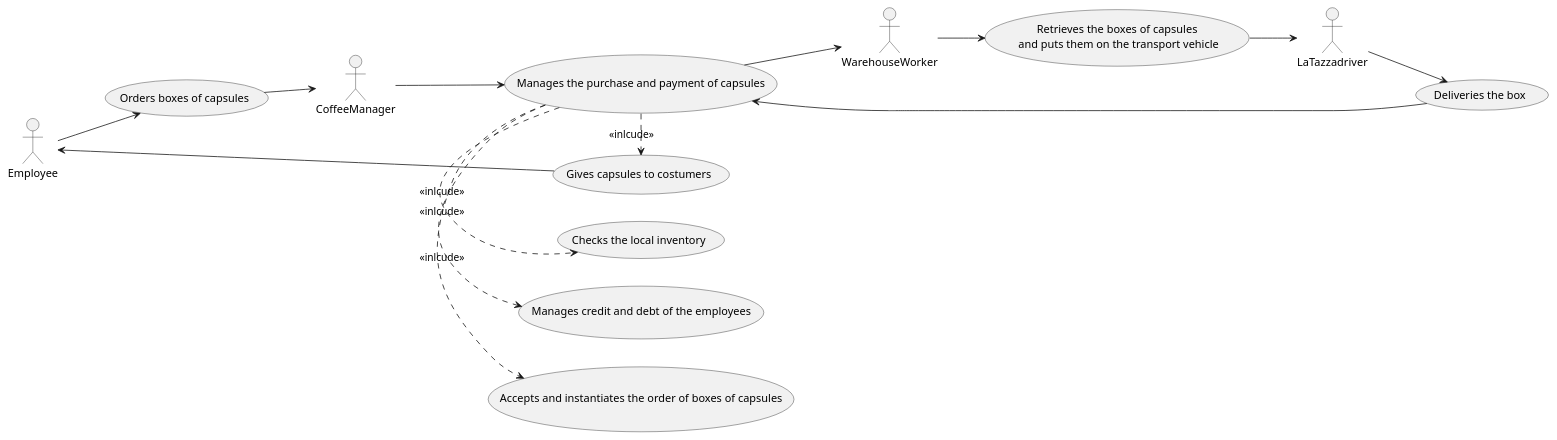
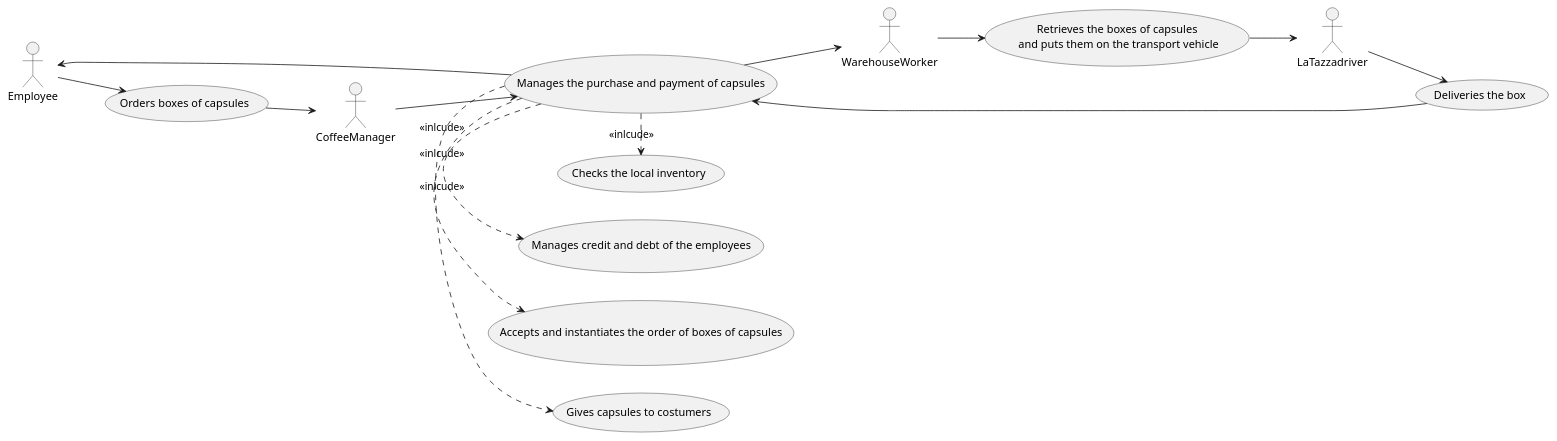
The second of 4 diagrams in templates/RequirementsTemplate.md (salvatore-dimartino/LaTazza), drawn with PlantUML before and after one commit.

````diff
--- a/templates/RequirementsTemplate.md
+++ b/templates/RequirementsTemplate.md
@@ -276,29 +276,29 @@
 ```plantuml
 @startuml
 
 left to right direction 
 skinparam packageStyle rectangle
 
 actor CoffeeManager as c
 actor Employee as e
 actor WarehouseWorker as w
 actor LaTazzadriver as d
 
 e --> (Orders boxes of capsules)
 (Orders boxes of capsules) --> c
 c --> (Manages the purchase and payment of capsules)
 (Manages the purchase and payment of capsules) --> w
 w --> (Retrieves the boxes of capsules\n and puts them on the transport vehicle)
 (Retrieves the boxes of capsules\n and puts them on the transport vehicle) --> d
 d --> (Deliveries the box)
 (Deliveries the box) --> (Manages the purchase and payment of capsules)
 
 (Manages the purchase and payment of capsules) .> (Gives capsules to costumers) : <<inlcude>>
 (Manages the purchase and payment of capsules) .> (Accepts and instantiates the order of boxes of capsules) : <<inlcude>>
 (Manages the purchase and payment of capsules) .> (Manages credit and debt of the employees) : <<inlcude>>
 (Manages the purchase and payment of capsules) .> (Checks the local inventory) : <<inlcude>>
 
-e <-- (Gives capsules to costumers)
+e <-- (Manages the purchase and payment of capsules)
 
 @enduml
 ```
````
